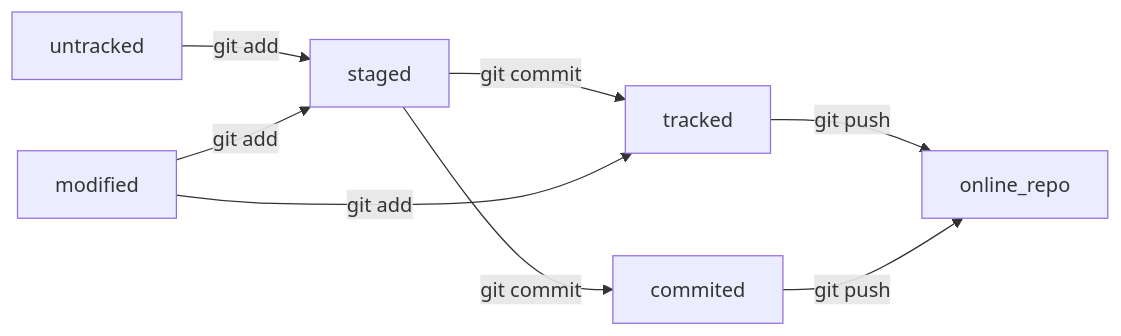
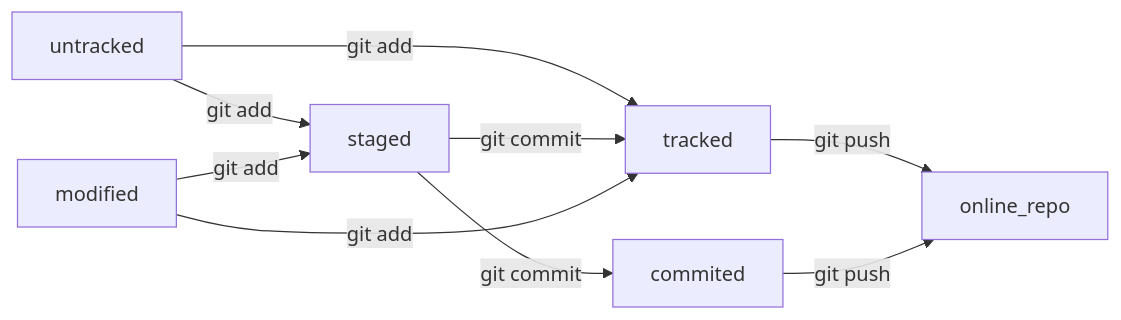
Before and after one commit to DenisMordovchenkov/GIT-guide: the diagram in readme.md, drawn with Mermaid.

Commit message:
Внесена правка в схему mermaid untracked->git add->tracked

````diff
--- a/readme.md
+++ b/readme.md
@@ -153,7 +153,7 @@
 ```mermaid
 flowchart LR;
-	untracked-->|"git add"|staged;
+	untracked-->|"git add"|staged & tracked;
 	staged-->|"git commit"|tracked & commited;
 	modified-->|"git add"|staged & tracked;
 	tracked & commited-->|"git push"|online_repo;
 ``` 
````
